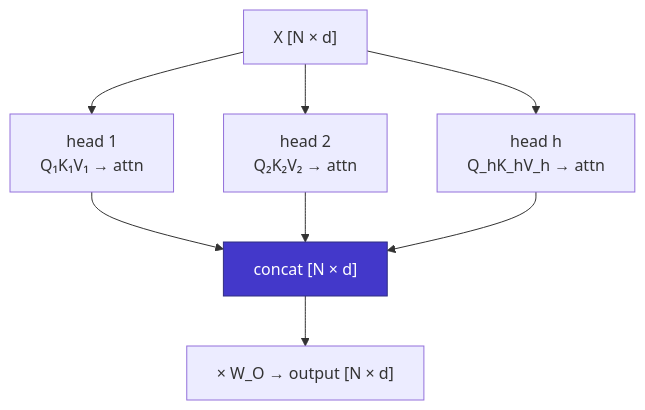
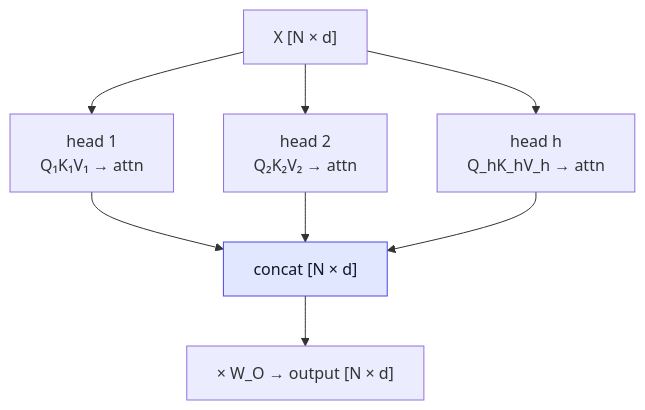
One commit to youyun8/deep-kernel-handbook changed the sixth of 10 diagrams in docs/foundations/transformer-from-scratch.md. Above: the diagram before and after it, drawn with Mermaid. The commit also changed other lines of this file and 10 other files, not shown here.

Commit message:
docs: fix diagram contrast and home title

````diff
--- a/docs/foundations/transformer-from-scratch.md
+++ b/docs/foundations/transformer-from-scratch.md
@@ -162,12 +162,12 @@
 ```mermaid
 flowchart TD
     X["X [N × d]"] --> H1["head 1<br/>Q₁K₁V₁ → attn"]
     X --> H2["head 2<br/>Q₂K₂V₂ → attn"]
     X --> H3["head h<br/>Q_hK_hV_h → attn"]
     H1 --> C["concat [N × d]"]
     H2 --> C
     H3 --> C
     C --> O["× W_O → output [N × d]"]
     class C accIndigo;
-    classDef accIndigo fill:#4338ca,stroke:#312e81,color:#fff;
+    classDef accIndigo fill:#e0e7ff,stroke:#4f46e5,color:#111827;
 ```
````
